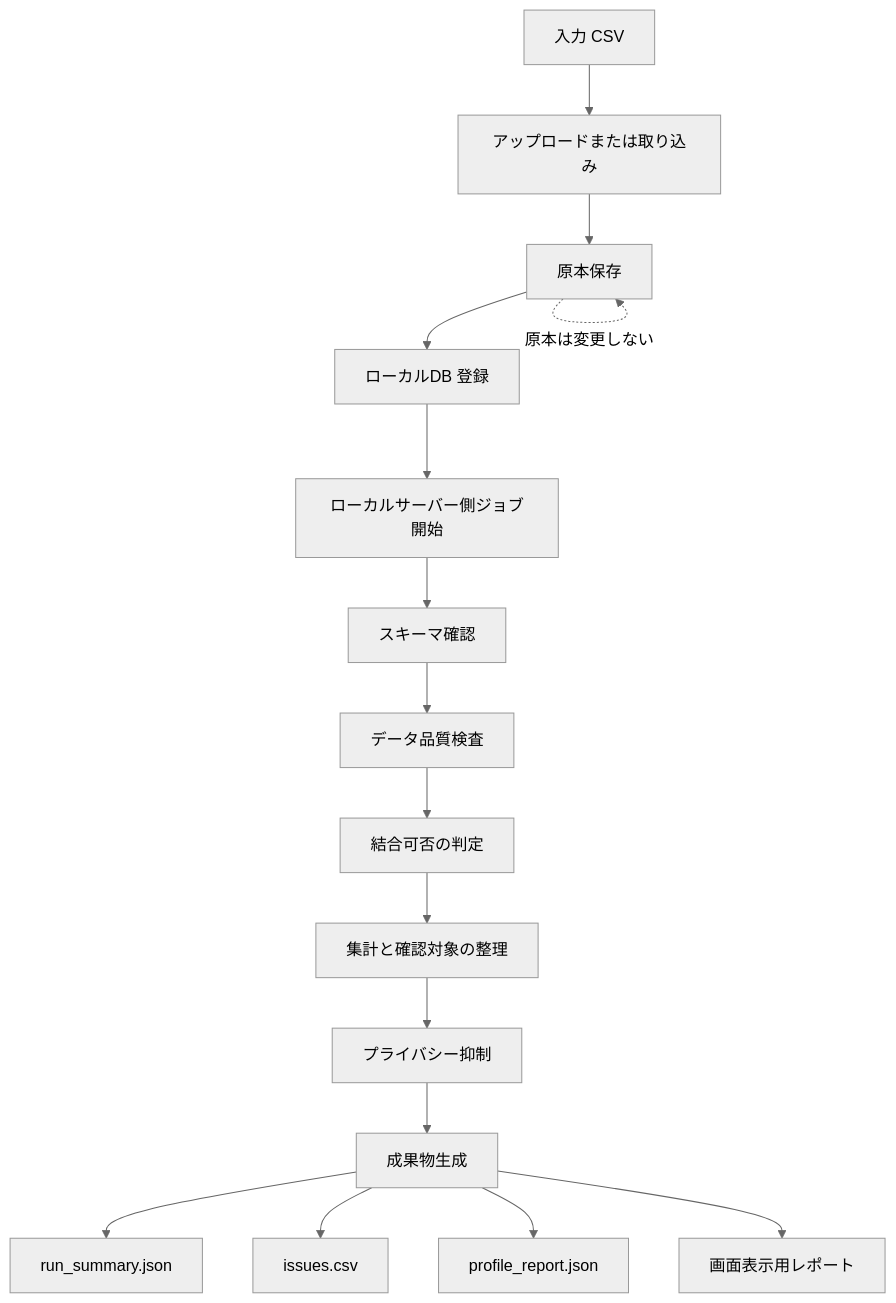
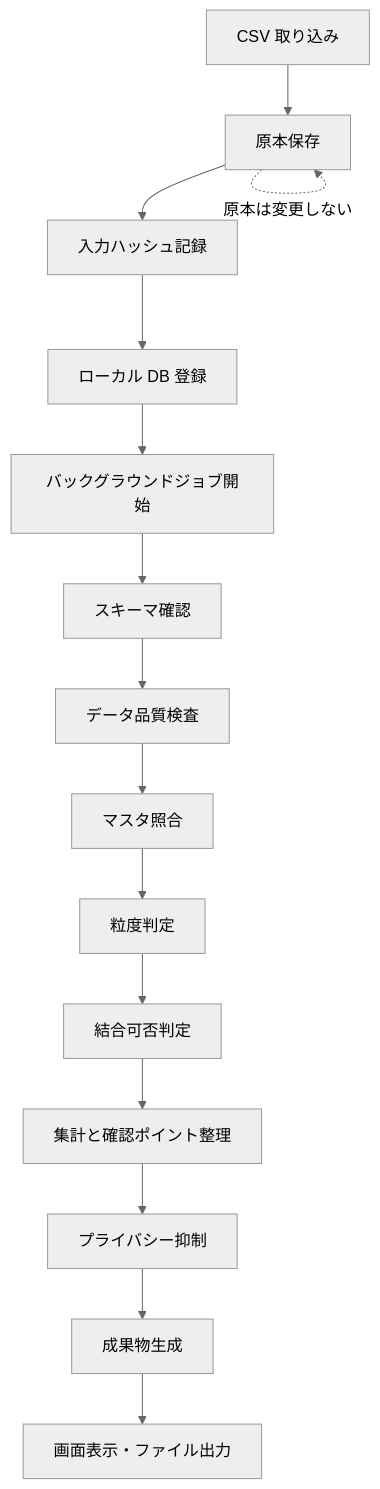
One commit to fumiya-data/labor-lens changed the second of 3 diagrams in docs/product/REQUIREMENTS.md. Above: the diagram before and after it, drawn with Mermaid (neutral theme). The commit also changed other lines of this file and 14 other files, not shown here.

````diff
--- a/docs/product/REQUIREMENTS.md
+++ b/docs/product/REQUIREMENTS.md
@@ -72,20 +205,18 @@
 ```mermaid
 flowchart TD
-    A[入力 CSV] --> B[アップロードまたは取り込み]
-    B --> C[原本保存]
-    C --> D[ローカルDB 登録]
-    D --> E[ローカルサーバー側ジョブ開始]
+    A[CSV 取り込み] --> B[原本保存]
+    B --> C[入力ハッシュ記録]
+    C --> D[ローカル DB 登録]
+    D --> E[バックグラウンドジョブ開始]
     E --> F[スキーマ確認]
     F --> G[データ品質検査]
-    G --> H[結合可否の判定]
-    H --> I[集計と確認対象の整理]
-    I --> J[プライバシー抑制]
-    J --> K[成果物生成]
+    G --> H[マスタ照合]
+    H --> I[粒度判定]
+    I --> J[結合可否判定]
+    J --> K[集計と確認ポイント整理]
+    K --> L[プライバシー抑制]
+    L --> M[成果物生成]
+    M --> N[画面表示・ファイル出力]
 
-    K --> K1[run_summary.json]
-    K --> K2[issues.csv]
-    K --> K3[profile_report.json]
-    K --> K4[画面表示用レポート]
-
-    C -. 原本は変更しない .-> C
+    B -. 原本は変更しない .-> B
 ```
````
